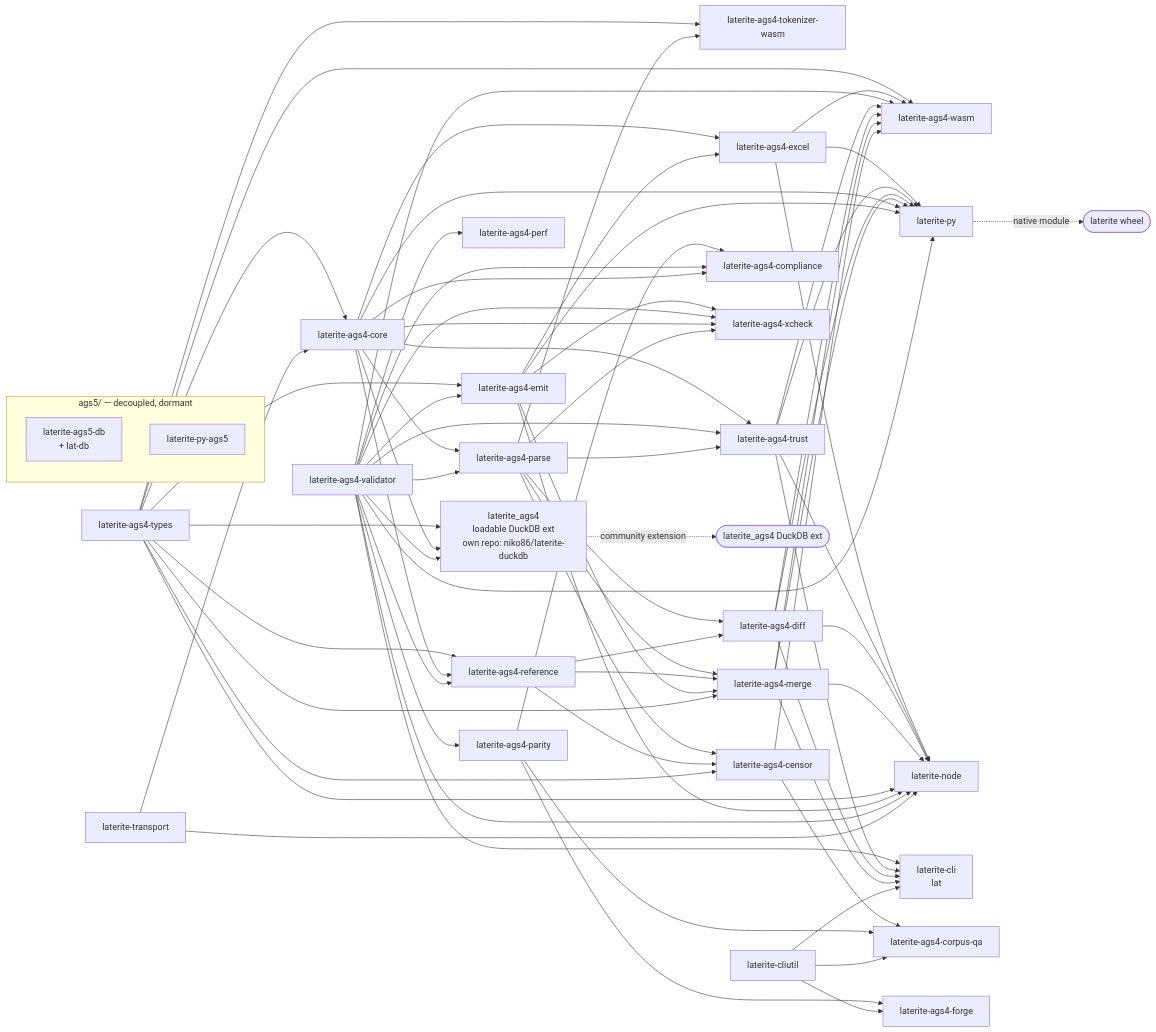
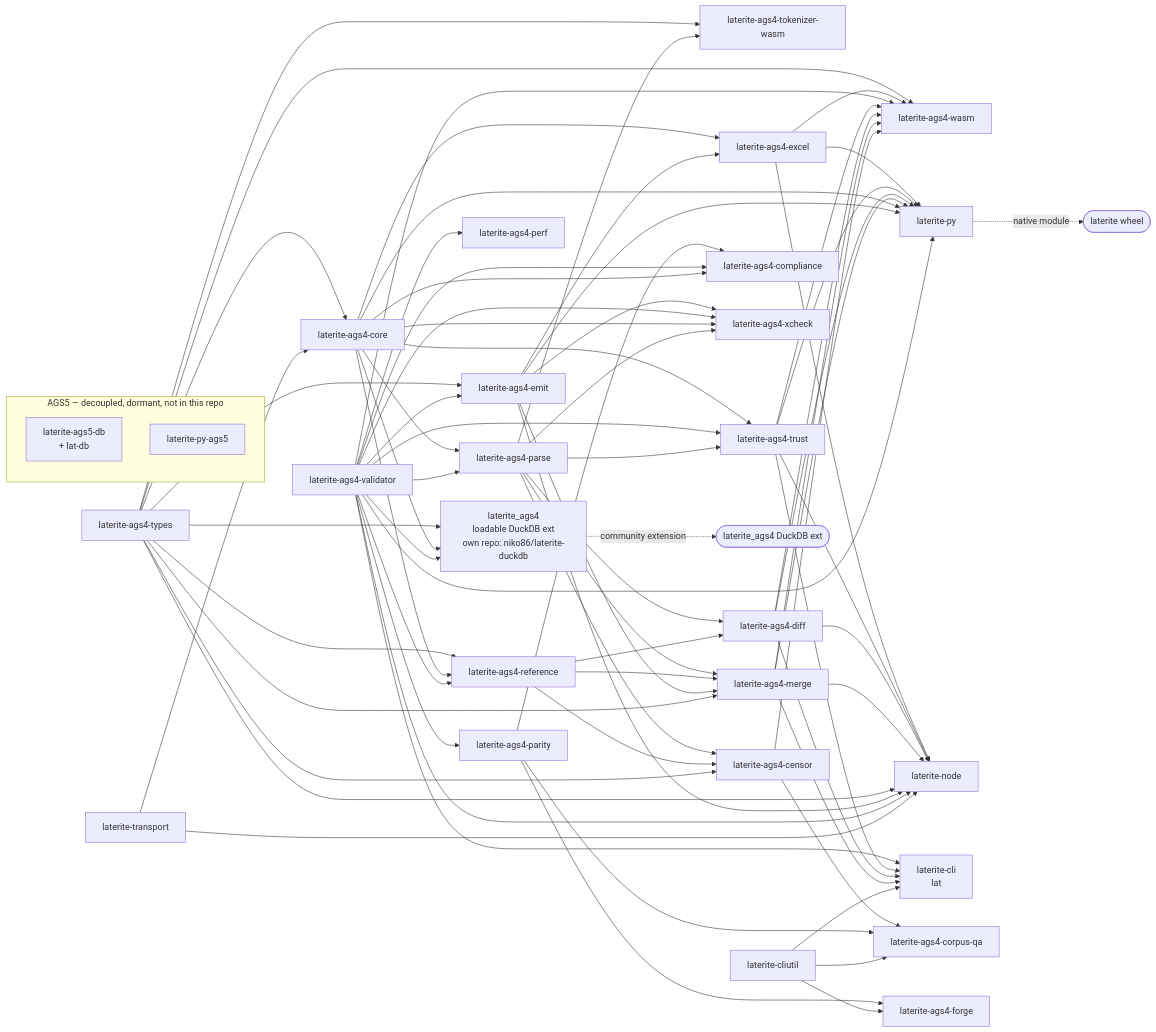
The diagram in ags-wiki/concepts/crate-map.md (niko86/laterite), drawn with Mermaid before and after one commit. The commit also changed other lines of this file and 22 other files, not shown here.

````diff
--- a/ags-wiki/concepts/crate-map.md
+++ b/ags-wiki/concepts/crate-map.md
@@ -382,78 +383,78 @@
 ```mermaid
 flowchart LR
   types[laterite-ags4-types] --> core[laterite-ags4-core]
   types --> reference
   core --> parse[laterite-ags4-parse]
   core --> reference[laterite-ags4-reference]
   validator --> parse
   validator --> reference
   types --> wasm[laterite-ags4-wasm]
   types --> tokenizerwasm[laterite-ags4-tokenizer-wasm]
   parse --> tokenizerwasm
   types --> emit[laterite-ags4-emit]
   validator[laterite-ags4-validator] --> emit
   core --> excel[laterite-ags4-excel]
   emit --> excel
   excel --> latpy[laterite-py]
   excel --> latnode
   excel --> wasm
   validator --> check[laterite-cli<br/>lat]
   validator --> wasm
   core --> trust[laterite-ags4-trust]
   validator --> trust
   parse --> trust
   trust --> check
   trust --> latpy
   trust --> latnode
   trust --> wasm
   parse --> diff[laterite-ags4-diff]
   reference --> diff
   diff --> check
   diff --> latpy
   diff --> latnode
   diff --> wasm
   parse --> merge[laterite-ags4-merge]
   reference --> merge
   emit --> merge
   types --> merge
   merge --> check
   merge --> latpy
   merge --> latnode
   merge --> wasm
   parse --> censor[laterite-ags4-censor]
   reference --> censor
   types --> censor
   censor --> corpusqa
   censor --> wasm
   validator --> parity[laterite-ags4-parity]
   core --> latpy[laterite-py]
   emit --> latpy
   validator --> latpy
   types --> latnode[laterite-node]
   emit --> latnode
   validator --> latnode
   transport[laterite-transport] --> core
   transport --> latnode
   types --> duckdb["laterite_ags4<br/>loadable DuckDB ext<br/>own repo: niko86/laterite-duckdb"]
   core --> duckdb
   validator --> duckdb
   parity --> corpusqa[laterite-ags4-corpus-qa]
   parity --> forge[laterite-ags4-forge]
   parity --> compliance[laterite-ags4-compliance]
   validator --> compliance
   core --> compliance
   emit --> xcheck[laterite-ags4-xcheck]
   validator --> xcheck
   core --> xcheck
   parse --> xcheck
   validator --> perf[laterite-ags4-perf]
   cliutil[laterite-cliutil] --> check
   cliutil --> corpusqa
   cliutil --> forge
   latpy -.native module.-> wlat([laterite wheel])
   duckdb -.community extension.-> cext([laterite_ags4 DuckDB ext])
-  subgraph dormant["ags5/ — decoupled, dormant"]
+  subgraph dormant["AGS5 — decoupled, dormant, not in this repo"]
     cli[laterite-ags5-db<br/>+ lat-db]
     latpy5[laterite-py-ags5]
   end
 ```
````
